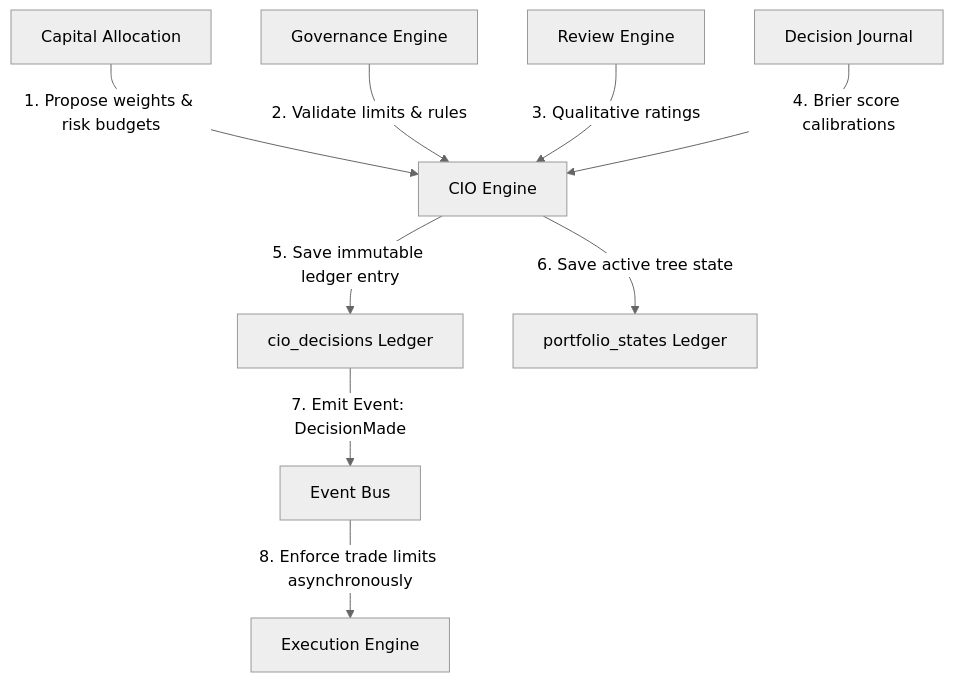
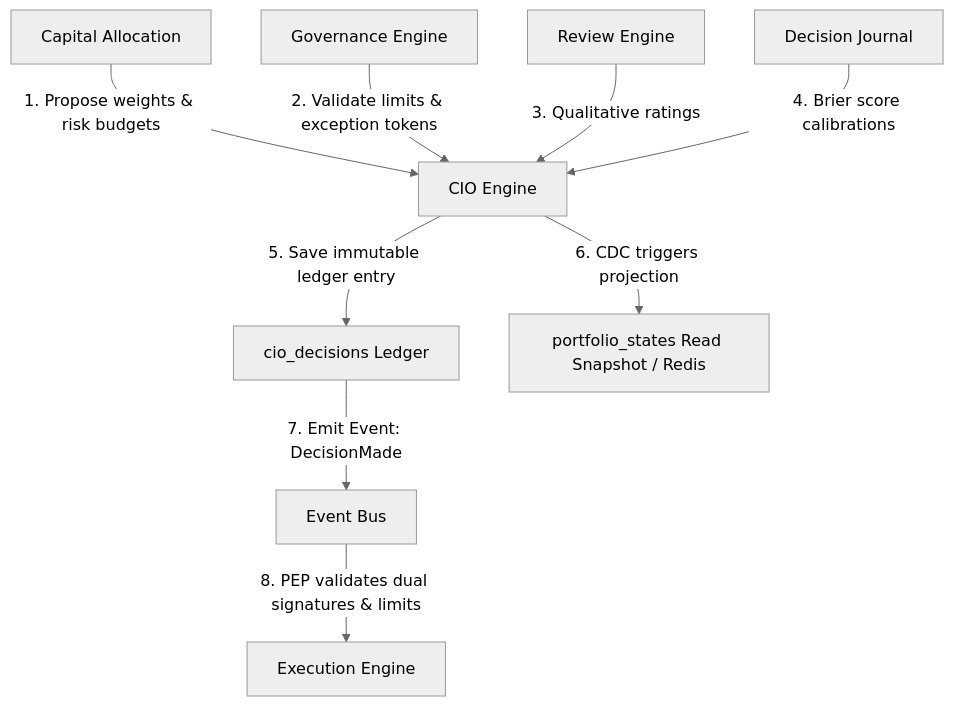
Before and after one commit to skeithnight/karsa: the first of 3 diagrams in docs/architecture/22-cio-engine.md, drawn with Mermaid (neutral theme). The commit also changed other lines of this file and 55 other files, not shown here.

````diff
--- a/docs/architecture/22-cio-engine.md
+++ b/docs/architecture/22-cio-engine.md
@@ -29,13 +34,13 @@
 ```mermaid
 graph TD
     CA[Capital Allocation] -->|1. Propose weights & risk budgets| CIO[CIO Engine]
-    GE[Governance Engine] -->|2. Validate limits & rules| CIO
+    GE[Governance Engine] -->|2. Validate limits & exception tokens| CIO
     RE[Review Engine] -->|3. Qualitative ratings| CIO
     DJ[Decision Journal] -->|4. Brier score calibrations| CIO
     
     CIO -->|5. Save immutable ledger entry| AP[cio_decisions Ledger]
-    CIO -->|6. Save active tree state| PS[portfolio_states Ledger]
+    CIO -->|6. CDC triggers projection| PS[portfolio_states Read Snapshot / Redis]
     
     AP -->|7. Emit Event: DecisionMade| Bus[Event Bus]
-    Bus -->|8. Enforce trade limits asynchronously| EE[Execution Engine]
+    Bus -->|8. PEP validates dual signatures & limits| EE[Execution Engine]
 ```
````
